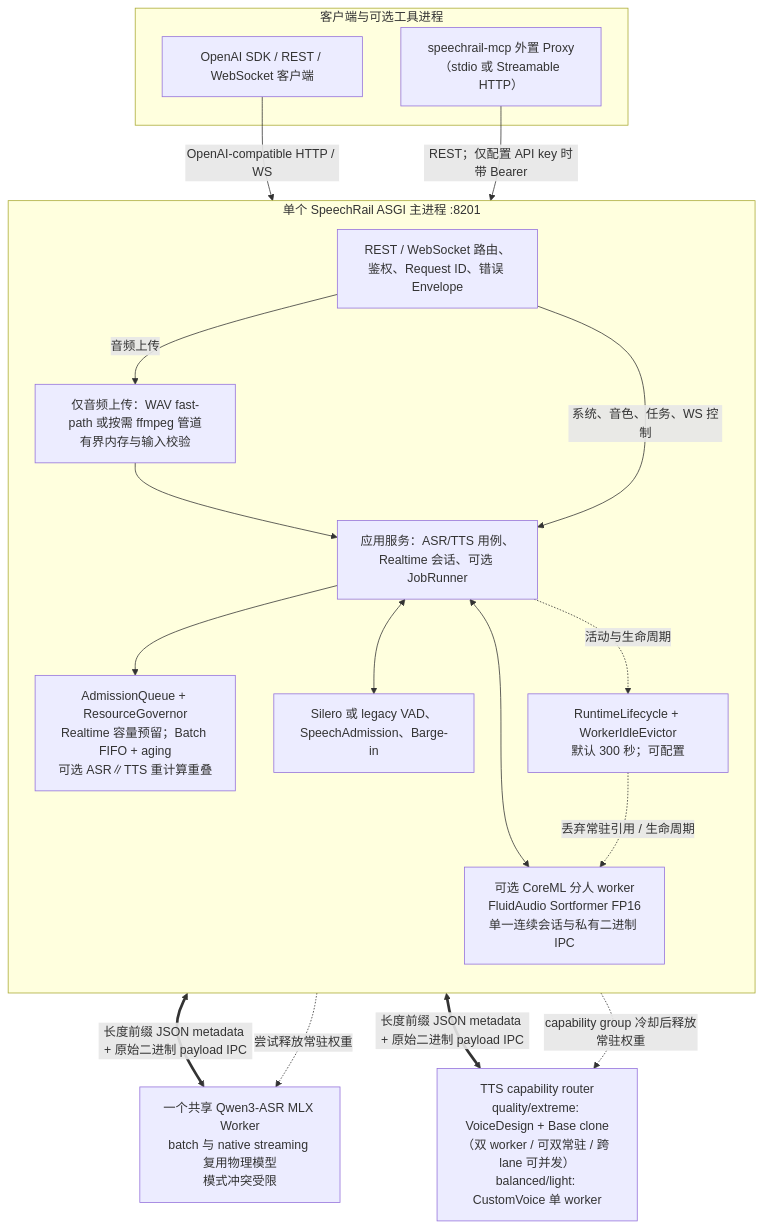
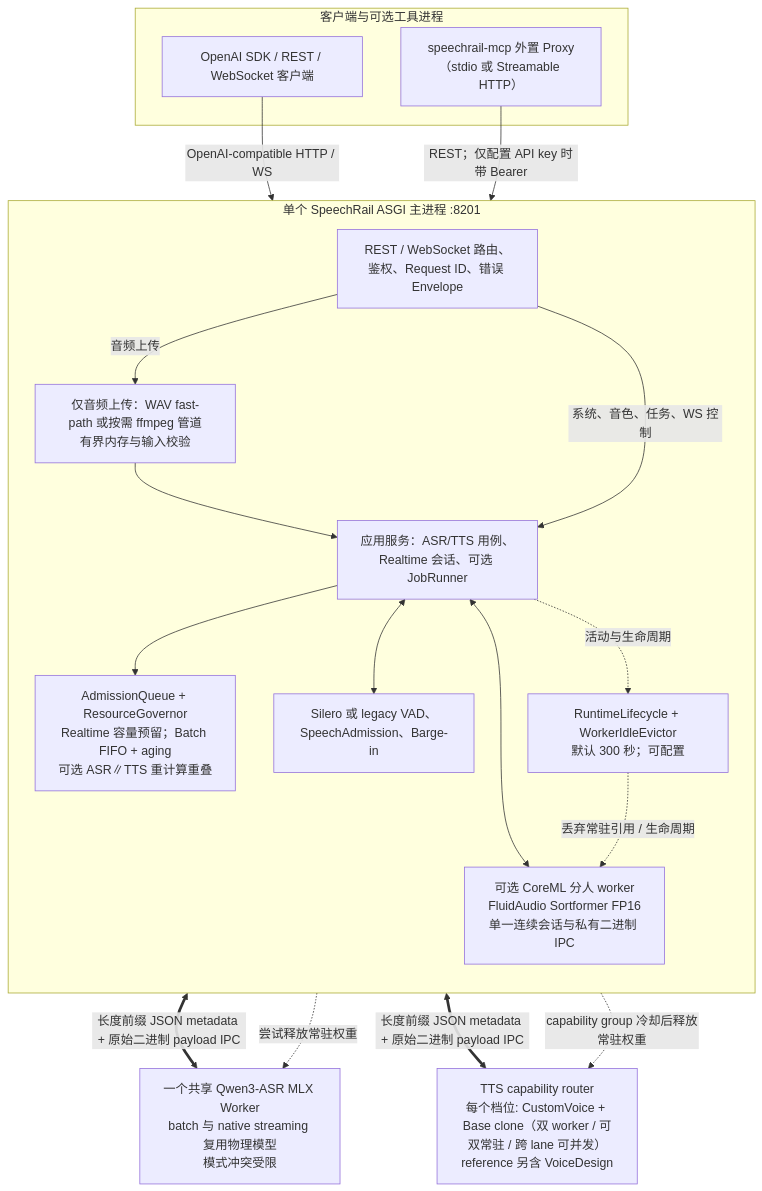
The first of 2 diagrams in docs/architecture/architecture.md (hrygo/SpeechRail), drawn with Mermaid before and after one commit. The commit also changed other lines of this file and 11 other files, not shown here.

````diff
--- a/docs/architecture/architecture.md
+++ b/docs/architecture/architecture.md
@@ -15,36 +15,36 @@
 ```mermaid
 flowchart TD
     subgraph Clients["客户端与可选工具进程"]
         SDK["OpenAI SDK / REST / WebSocket 客户端"]
         MCP["speechrail-mcp 外置 Proxy<br/>（stdio 或 Streamable HTTP）"]
     end
 
     subgraph Host["单个 SpeechRail ASGI 主进程 :8201"]
         direction TB
         Ingress["REST / WebSocket 路由、鉴权、Request ID、错误 Envelope"]
         Decode["仅音频上传：WAV fast-path 或按需 ffmpeg 管道<br/>有界内存与输入校验"]
         App["应用服务：ASR/TTS 用例、Realtime 会话、可选 JobRunner"]
         Admit["AdmissionQueue + ResourceGovernor<br/>Realtime 容量预留；Batch FIFO + aging<br/>可选 ASR∥TTS 重计算重叠"]
         VAD["Silero 或 legacy VAD、SpeechAdmission、Barge-in"]
         Diar["可选 CoreML 分人 worker<br/>FluidAudio Sortformer FP16<br/>单一连续会话与私有二进制 IPC"]
         Life["RuntimeLifecycle + WorkerIdleEvictor<br/>默认 300 秒；可配置"]
 
         Ingress -->|音频上传| Decode --> App
         Ingress -->|系统、音色、任务、WS 控制| App
         App --> Admit
         App <--> VAD
         App <--> Diar
         App -. 活动与生命周期 .-> Life
     end
 
     ASR["一个共享 Qwen3-ASR MLX Worker<br/>batch 与 native streaming 复用物理模型<br/>模式冲突受限"]
-    TTS["TTS capability router<br/>quality/extreme: VoiceDesign + Base clone（双 worker / 可双常驻 / 跨 lane 可并发）<br/>balanced/light: CustomVoice 单 worker"]
+    TTS["TTS capability router<br/>每个档位: CustomVoice + Base clone（双 worker / 可双常驻 / 跨 lane 可并发）<br/>reference 另含 VoiceDesign"]
 
     SDK -->|OpenAI-compatible HTTP / WS| Ingress
     MCP -->|REST；仅配置 API key 时带 Bearer| Ingress
     App <==>|"长度前缀 JSON metadata + 原始二进制 payload IPC"| ASR
     App <==>|"长度前缀 JSON metadata + 原始二进制 payload IPC"| TTS
     Life -. 尝试释放常驻权重 .-> ASR
     Life -. capability group 冷却后释放常驻权重 .-> TTS
     Life -. 丢弃常驻引用 / 生命周期 .-> Diar
 ```
````
